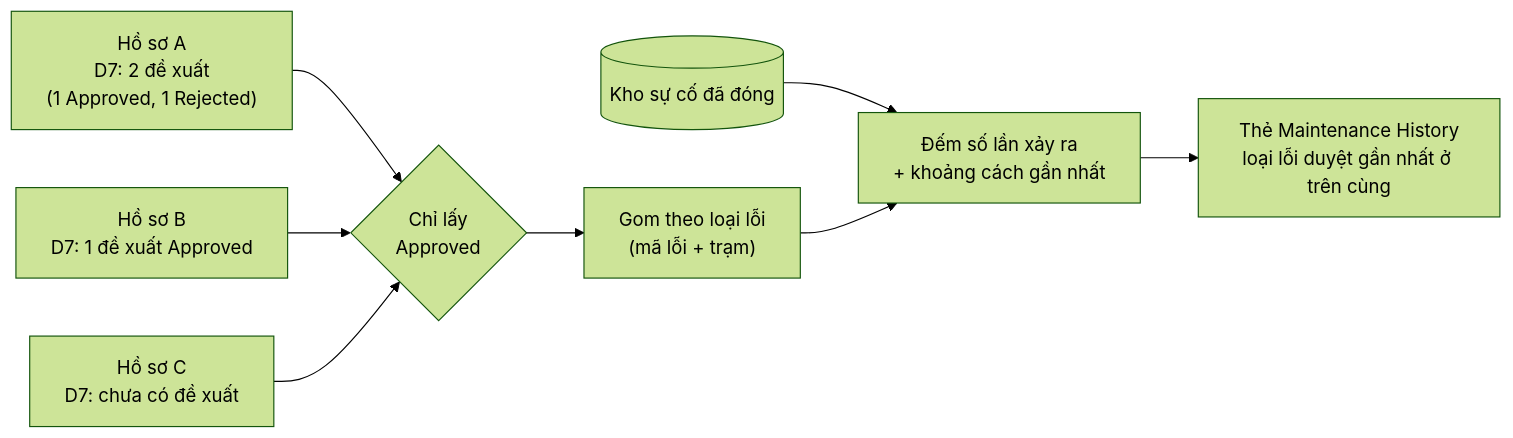
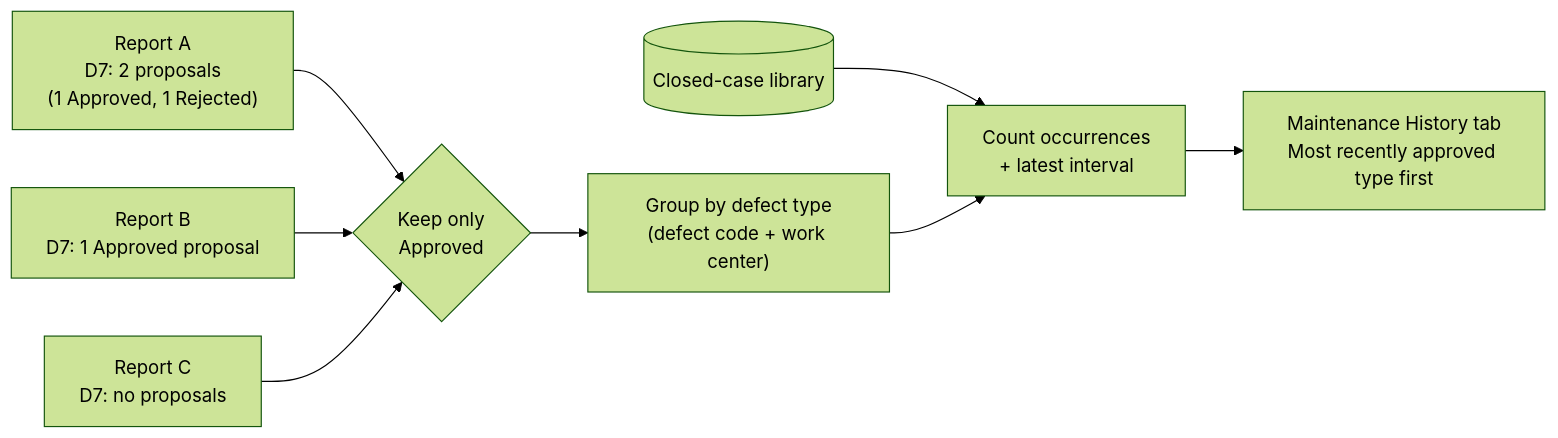
Before and after one commit to DungTruong1610/8D_problem_solving: the seventh of 8 diagrams in presentation/maintenance-history-briefing.md, drawn with Mermaid (forest theme). The commit also changed other lines of this file and 48 other files, not shown here.

````diff
--- a/presentation/maintenance-history-briefing.md
+++ b/presentation/maintenance-history-briefing.md
@@ -324,10 +326,10 @@
 ```mermaid
 flowchart LR
-    R1["Hồ sơ A<br/>D7: 2 đề xuất<br/>(1 Approved, 1 Rejected)"] --> F{Chỉ lấy<br/>Approved}
-    R2["Hồ sơ B<br/>D7: 1 đề xuất Approved"] --> F
-    R3["Hồ sơ C<br/>D7: chưa có đề xuất"] --> F
-    F --> G["Gom theo loại lỗi<br/>(mã lỗi + trạm)"]
-    K[(Kho sự cố đã đóng)] --> N["Đếm số lần xảy ra<br/>+ khoảng cách gần nhất"]
+    R1["Report A<br/>D7: 2 proposals<br/>(1 Approved, 1 Rejected)"] --> F{Keep only<br/>Approved}
+    R2["Report B<br/>D7: 1 Approved proposal"] --> F
+    R3["Report C<br/>D7: no proposals"] --> F
+    F --> G["Group by defect type<br/>(defect code + work center)"]
+    K[(Closed-case library)] --> N["Count occurrences<br/>+ latest interval"]
     G --> N
-    N --> T["Thẻ Maintenance History<br/>loại lỗi duyệt gần nhất ở trên cùng"]
+    N --> T["Maintenance History tab<br/>Most recently approved type first"]
 ```
````
